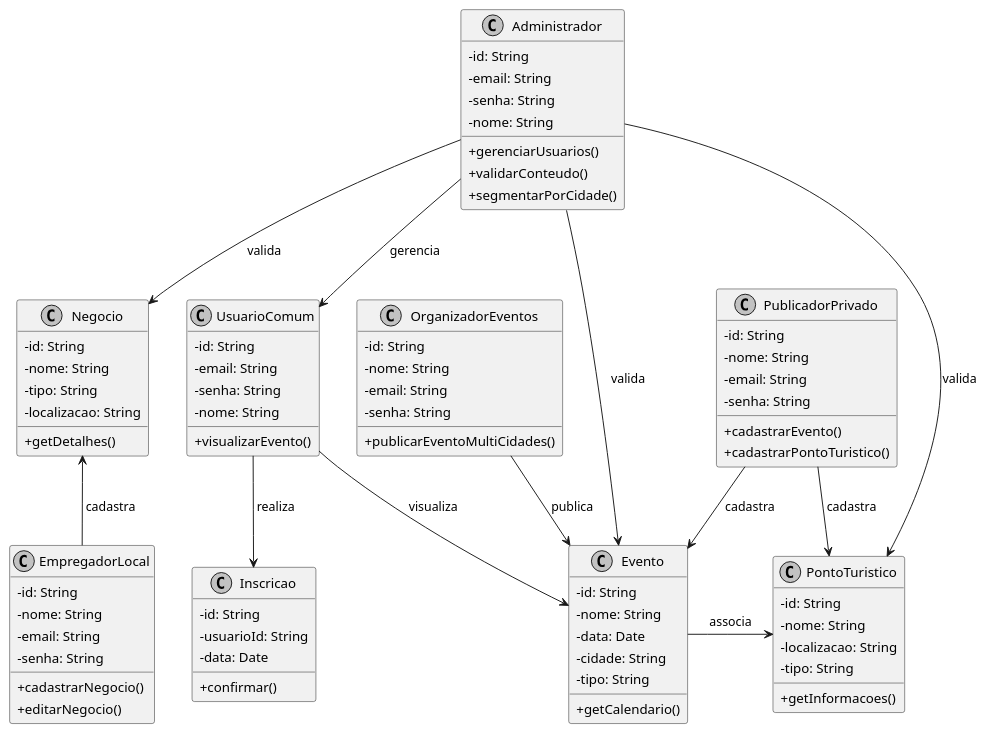
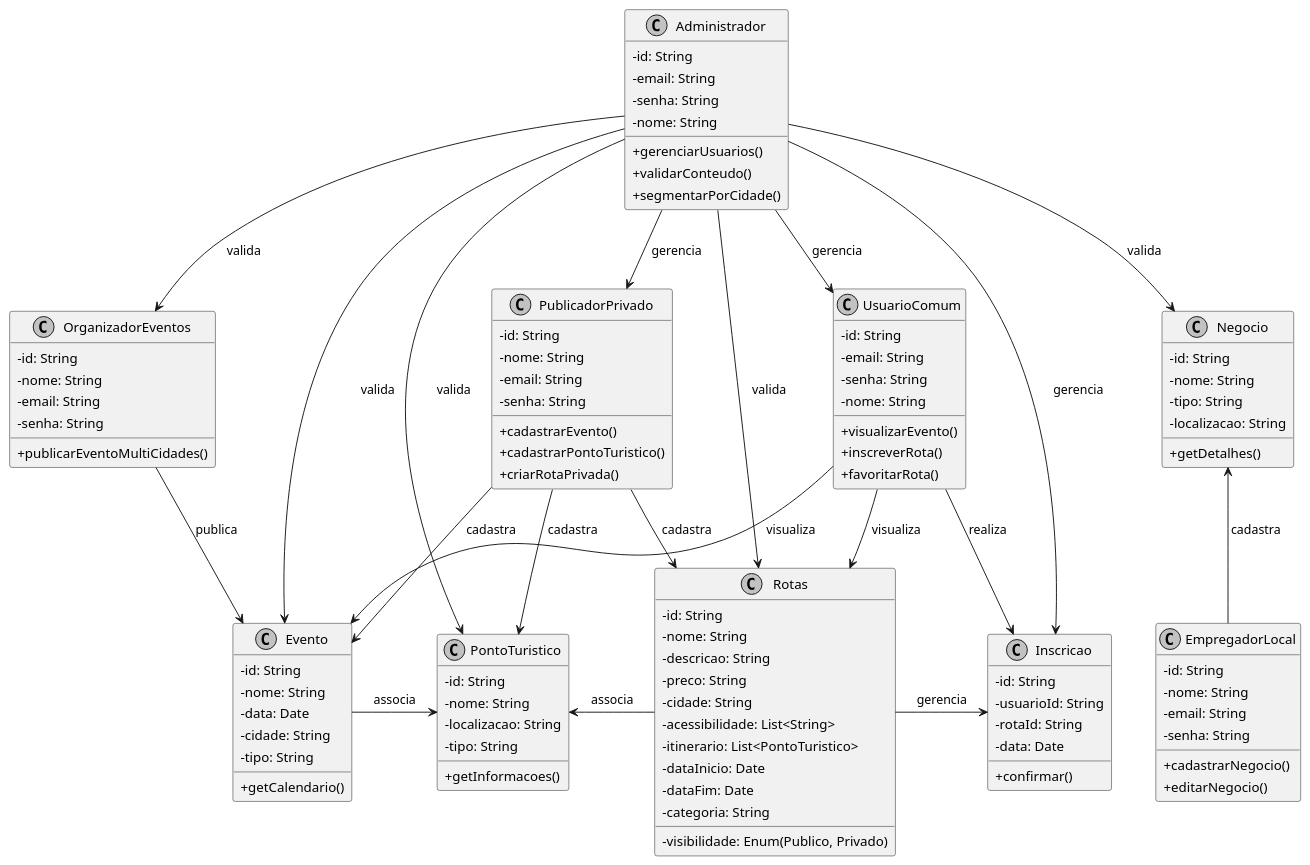
One commit to FateCoders/tripmaker-documentation changed the diagram in diagrams/classes.puml. Above: the diagram before and after it, drawn with PlantUML.

Commit message:
:rocket: feat: colocando rotas no diagrama

```diff
--- a/diagrams/classes.puml
+++ b/diagrams/classes.puml
@@ -1,107 +1,138 @@
 @startuml
 
 ' Skin parameters for cleaner rendering
 skinparam monochrome true
 skinparam ranksep 60
 skinparam nodesep 40
 skinparam classAttributeIconSize 0
 skinparam padding 2
 
 ' Classes
 class Administrador {
   -id: String
   -email: String
   -senha: String
   -nome: String
   +gerenciarUsuarios()
   +validarConteudo()
   +segmentarPorCidade()
 }
 
+class Rotas {
+  -id: String
+  -nome: String
+  -descricao: String
+  -preco: String
+  -cidade: String
+  -visibilidade: Enum(Publico, Privado)
+  -acessibilidade: List<String>
+  -itinerario: List<PontoTuristico>
+  -dataInicio: Date
+  -dataFim: Date
+  -categoria: String
+  ' +criarRota()
+  ' +editarRota()
+  ' +publicarRota()
+  ' +gerenciarInscricoes()
+  ' +favoritarRota()
+  ' +filtrarPorAcessibilidade()
+  ' +associarPontoTuristico()
+}
+
 class UsuarioComum {
   -id: String
   -email: String
   -senha: String
   -nome: String
   +visualizarEvento()
+  +inscreverRota()
+  +favoritarRota()
 }
 
 class PublicadorPrivado {
   -id: String
   -nome: String
   -email: String
   -senha: String
   +cadastrarEvento()
   +cadastrarPontoTuristico()
+  +criarRotaPrivada()
 }
 
 class EmpregadorLocal {
   -id: String
   -nome: String
   -email: String
   -senha: String
   +cadastrarNegocio()
   +editarNegocio()
 }
 
 class OrganizadorEventos {
   -id: String
   -nome: String
   -email: String
   -senha: String
   +publicarEventoMultiCidades()
 }
 
 class Evento {
   -id: String
   -nome: String
   -data: Date
   -cidade: String
   -tipo: String
   +getCalendario()
 }
 
 class PontoTuristico {
   -id: String
   -nome: String
   -localizacao: String
   -tipo: String
   +getInformacoes()
 }
 
 class Negocio {
   -id: String
   -nome: String
   -tipo: String
   -localizacao: String
   +getDetalhes()
 }
 
-
 class Inscricao {
   -id: String
   -usuarioId: String
+  -rotaId: String
   -data: Date
   +confirmar()
 }
 
 ' Relationships with directed arrows
 Administrador -up-> Evento : valida
+Administrador -down-> OrganizadorEventos : valida
 Administrador -down-> PontoTuristico : valida
 Administrador -down-> Negocio : valida
+Administrador -down-> Rotas : valida
 Administrador -down-> UsuarioComum : gerencia
+Administrador -down-> Inscricao : gerencia
+Administrador -down-> PublicadorPrivado : gerencia
 
 PublicadorPrivado -down-> Evento : cadastra
 PublicadorPrivado -down-> PontoTuristico : cadastra
+PublicadorPrivado -down-> Rotas : cadastra
 
 EmpregadorLocal -up-> Negocio : cadastra
 
 UsuarioComum -down-> Evento : visualiza
+UsuarioComum -down-> Rotas : visualiza
 UsuarioComum -down-> Inscricao : realiza
 
 OrganizadorEventos -down-> Evento : publica
 
 Evento -right-> PontoTuristico : associa
-
+Rotas -left-> PontoTuristico : associa
+Rotas -right-> Inscricao : gerencia
 
 @enduml
```
